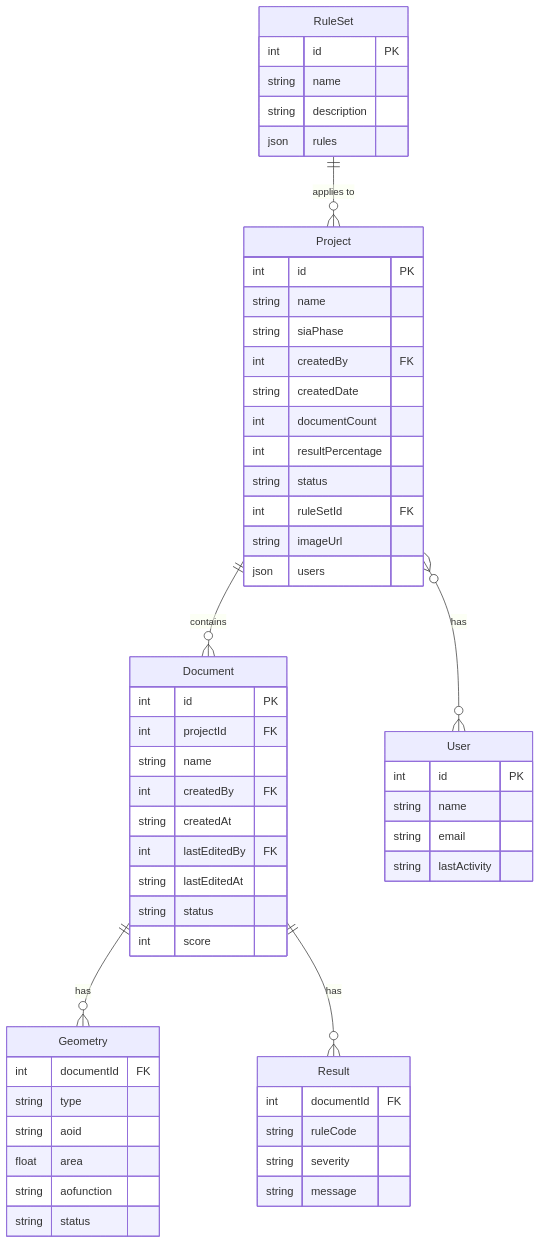
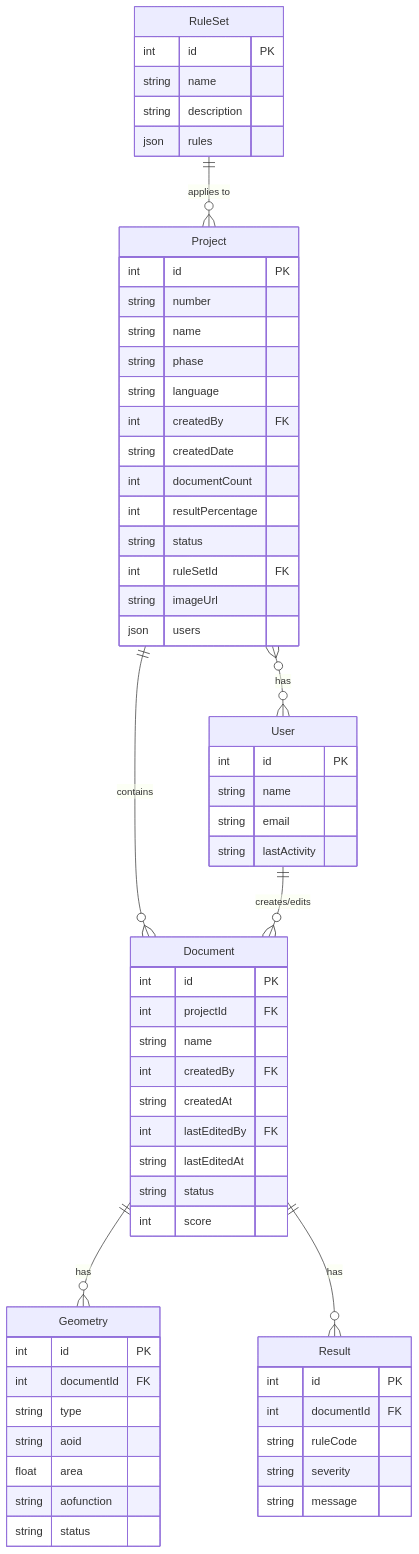
The diagram in documentation/data-model.md (davras5/plan-check), drawn with Mermaid before and after one commit. The commit also changed other lines of this file and 7 other files, not shown here.

````diff
--- a/documentation/data-model.md
+++ b/documentation/data-model.md
@@ -11,64 +11,69 @@
 ```mermaid
 erDiagram
     RuleSet ||--o{ Project : "applies to"
     Project ||--o{ Document : "contains"
     Project }o--o{ User : "has"
+    User ||--o{ Document : "creates/edits"
     Document ||--o{ Geometry : "has"
     Document ||--o{ Result : "has"
 
     RuleSet {
         int id PK
         string name
         string description
         json rules
     }
 
     Project {
         int id PK
+        string number
         string name
-        string siaPhase
+        string phase
+        string language
         int createdBy FK
         string createdDate
         int documentCount
         int resultPercentage
         string status
         int ruleSetId FK
         string imageUrl
         json users
     }
 
     Document {
         int id PK
         int projectId FK
         string name
         int createdBy FK
         string createdAt
         int lastEditedBy FK
         string lastEditedAt
         string status
         int score
     }
 
     Geometry {
+        int id PK
         int documentId FK
         string type
         string aoid
         float area
         string aofunction
         string status
     }
 
     Result {
+        int id PK
         int documentId FK
         string ruleCode
         string severity
         string message
     }
 
     User {
         int id PK
         string name
         string email
         string lastActivity
     }
 ```
````
